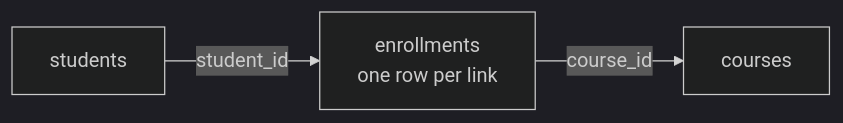
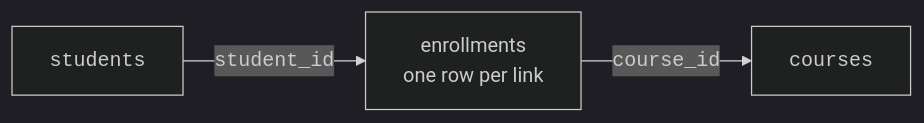
The fourth of 5 diagrams in content/learn/sqlite-for-beginners/many-to-many.mdx (dataslope/dataslope), drawn with Mermaid (dark theme) before and after one commit. The commit also changed other lines of this file and 46 other files, not shown here.

First line of the commit message:
Wrap code in mermaid edge labels + entity/table names in DB diagrams

````diff
--- a/content/learn/sqlite-for-beginners/many-to-many.mdx
+++ b/content/learn/sqlite-for-beginners/many-to-many.mdx
@@ -128,5 +128,5 @@
 ```mermaid
 flowchart LR
-    S["students"] -->|"student_id"| E["enrollments<br/>one row per link"]
-    E -->|"course_id"| C["courses"]
+    S["<code>students</code>"] -->|"<code>student_id</code>"| E["enrollments<br/>one row per link"]
+    E -->|"<code>course_id</code>"| C["<code>courses</code>"]
 ```
````
